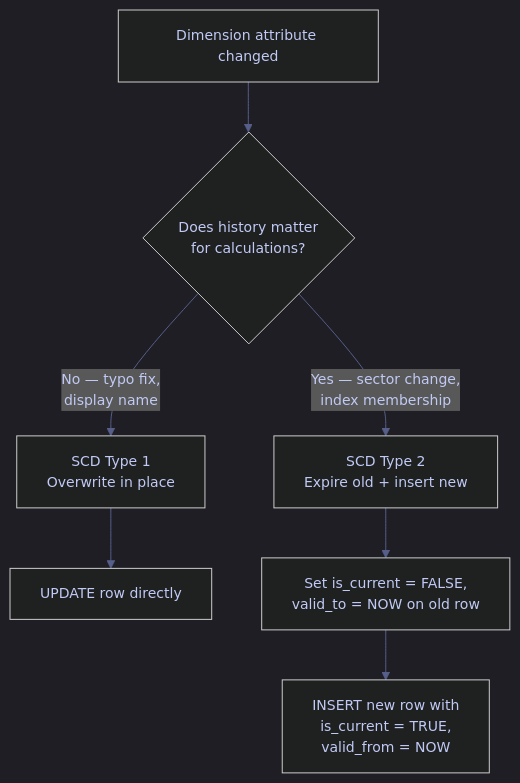
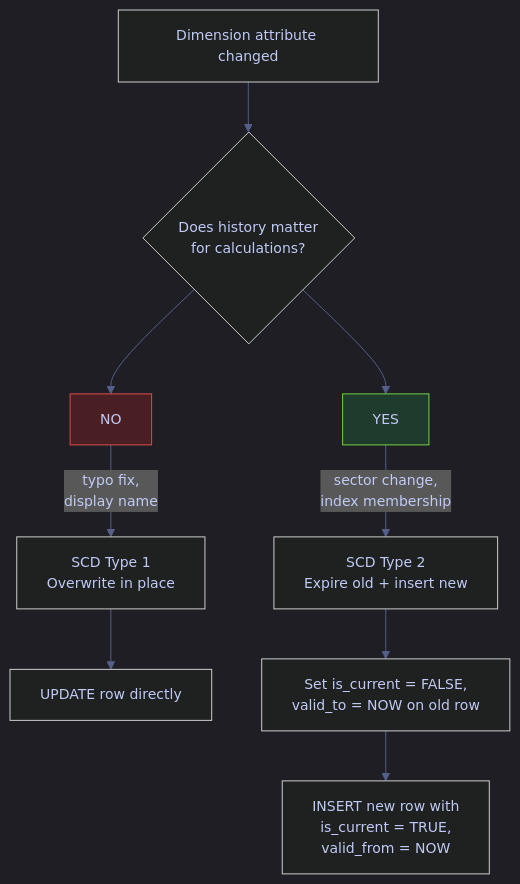
Before and after one commit to alp78/elysium: the diagram in content/05-DB-Queries/02-BigQuery/02-bq-engineering.md, drawn with Mermaid. The commit also changed other lines of this file and 114 other files, not shown here.

````diff
--- a/content/05-DB-Queries/02-BigQuery/02-bq-engineering.md
+++ b/content/05-DB-Queries/02-BigQuery/02-bq-engineering.md
@@ -718,21 +811,25 @@
 ```mermaid
 %%{init: {'theme': 'dark', 'themeVariables': {
   'primaryColor': '#292e42',
   'primaryTextColor': '#c0caf5',
   'primaryBorderColor': '#565f89',
   'lineColor': '#565f89',
   'secondaryColor': '#1a1b26',
   'tertiaryColor': '#24283b',
   'noteTextColor': '#c0caf5',
   'noteBkgColor': '#292e42',
   'textColor': '#c0caf5',
   'fontSize': '14px'
 }}}%%
 flowchart TD
     A[Dimension attribute changed] --> B{Does history matter<br>for calculations?}
-    B -->|No — typo fix,<br>display name| C[SCD Type 1<br>Overwrite in place]
-    B -->|Yes — sector change,<br>index membership| D[SCD Type 2<br>Expire old + insert new]
+    B --> NO1[NO]
+    B --> YES1[YES]
+    NO1 -->|typo fix,<br>display name| C[SCD Type 1<br>Overwrite in place]
+    YES1 -->|sector change,<br>index membership| D[SCD Type 2<br>Expire old + insert new]
     C --> E[UPDATE row directly]
     D --> F[Set is_current = FALSE,<br>valid_to = NOW on old row]
     F --> G[INSERT new row with<br>is_current = TRUE,<br>valid_from = NOW]
+    style YES1 fill:#1f3b2d,stroke:#73d13d,color:#c0caf5
+    style NO1 fill:#4a1f24,stroke:#db4b4b,color:#c0caf5
 ```
````
